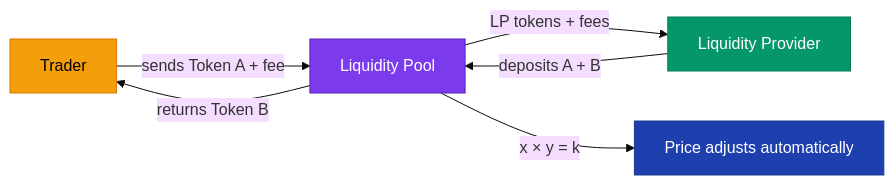
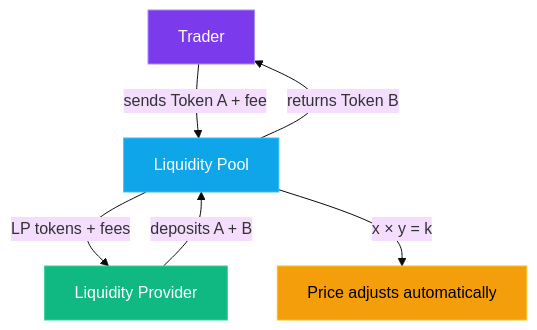
The diagram in content/blog/crypto-unlocked-09-dexs-liquidity-pools.mdx (jestersimpps/cv), drawn with Mermaid (base theme) before and after one commit. The commit also changed 12 other files, not shown here.

Commit message:
fix(blog): convert all mermaid diagrams to vertical (TD) for mobile readability, dark theme component

````diff
--- a/content/blog/crypto-unlocked-09-dexs-liquidity-pools.mdx
+++ b/content/blog/crypto-unlocked-09-dexs-liquidity-pools.mdx
@@ -46,13 +46,13 @@
 ```mermaid
-graph LR
+graph TD
     T[Trader] -->|sends Token A + fee| LP[Liquidity Pool]
     LP -->|returns Token B| T
     PR[Liquidity Provider] -->|deposits A + B| LP
     LP -->|LP tokens + fees| PR
     LP -->|x × y = k| PRICE[Price adjusts automatically]
 
-    style T fill:#f59e0b,stroke:#d97706,color:#000
-    style LP fill:#7c3aed,stroke:#5b21b6,color:#fff
-    style PR fill:#059669,stroke:#047857,color:#fff
-    style PRICE fill:#1e40af,stroke:#1e3a8a,color:#fff
+    style T fill:#7c3aed,stroke:#a78bfa,color:#fff
+    style LP fill:#0ea5e9,stroke:#38bdf8,color:#fff
+    style PR fill:#10b981,stroke:#34d399,color:#fff
+    style PRICE fill:#f59e0b,stroke:#fbbf24,color:#000
 ```
````
